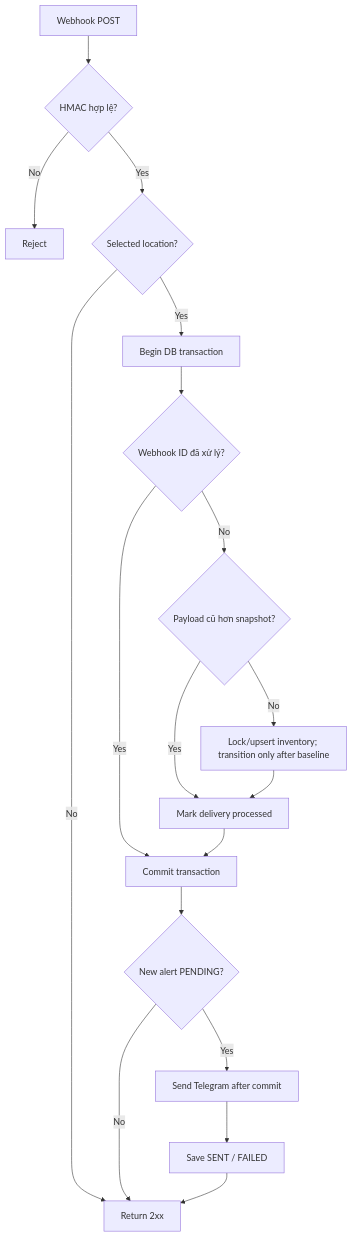
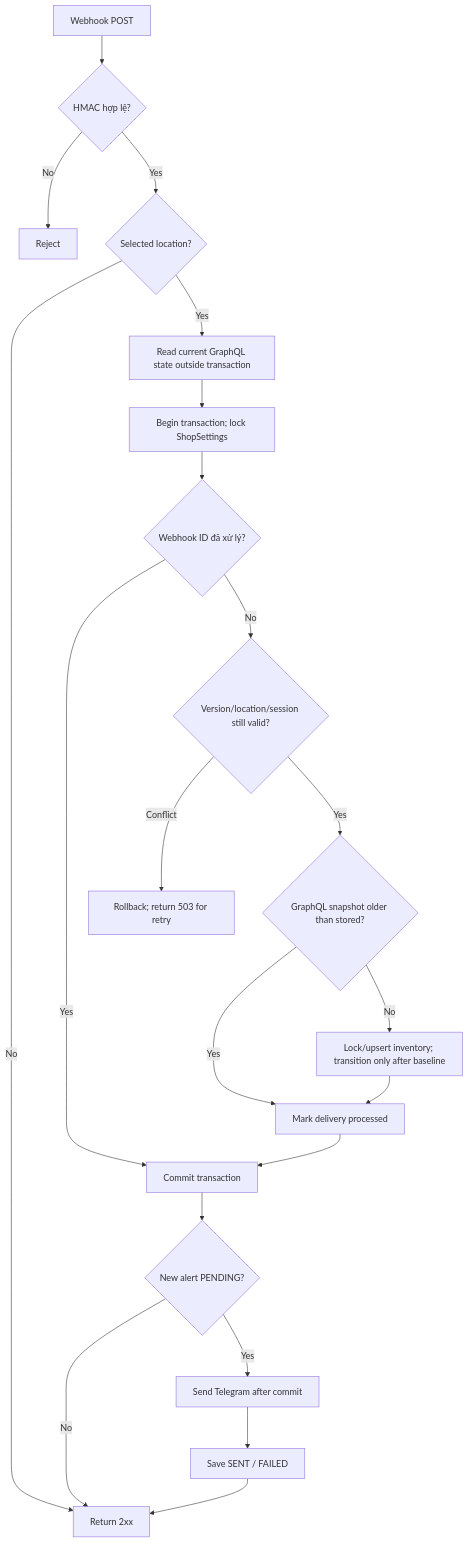
The fourth of 4 diagrams in docs/ARCHITECTURE.md (NgnTienDat/stock-notifier), drawn with Mermaid before and after one commit. The commit also changed other lines of this file and 19 other files, not shown here.

````diff
--- a/docs/ARCHITECTURE.md
+++ b/docs/ARCHITECTURE.md
@@ -125,20 +125,23 @@
 ```mermaid
 flowchart TD
     A["Webhook POST"] --> B{"HMAC hợp lệ?"}
     B -->|No| R["Reject"]
     B -->|Yes| C{"Selected location?"}
     C -->|No| OK["Return 2xx"]
-    C -->|Yes| D["Begin DB transaction"]
+    C -->|Yes| READ["Read current GraphQL state outside transaction"]
+    READ --> D["Begin transaction; lock ShopSettings"]
     D --> E{"Webhook ID đã xử lý?"}
     E -->|Yes| I
-    E -->|No| F{"Payload cũ hơn snapshot?"}
+    E -->|No| V{"Version/location/session still valid?"}
+    V -->|Conflict| RETRY["Rollback; return 503 for retry"]
+    V -->|Yes| F{"GraphQL snapshot older than stored?"}
     F -->|Yes| G["Mark delivery processed"]
     F -->|No| H["Lock/upsert inventory; transition only after baseline"]
     H --> G
     G --> I["Commit transaction"]
     I --> J{"New alert PENDING?"}
     J -->|No| OK
     J -->|Yes| K["Send Telegram after commit"]
     K --> L["Save SENT / FAILED"]
     L --> OK
 ```
````
